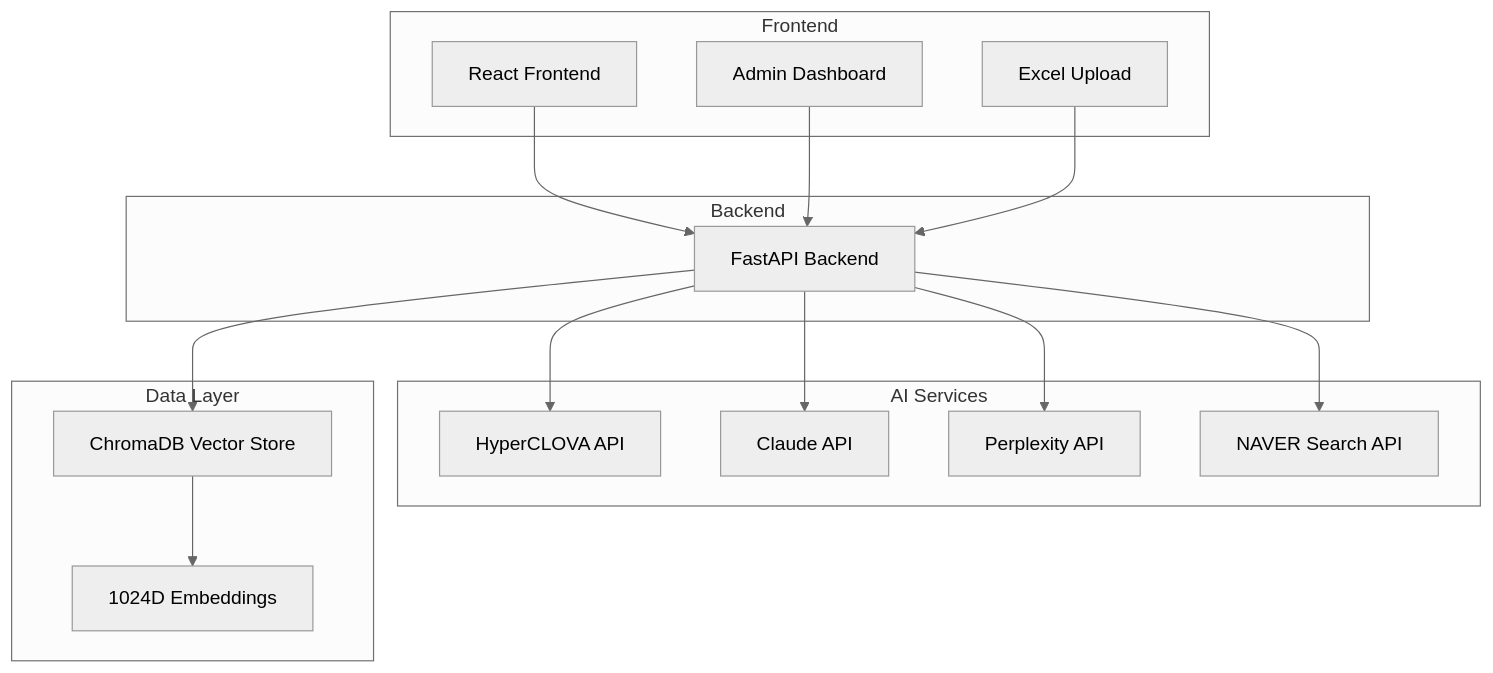
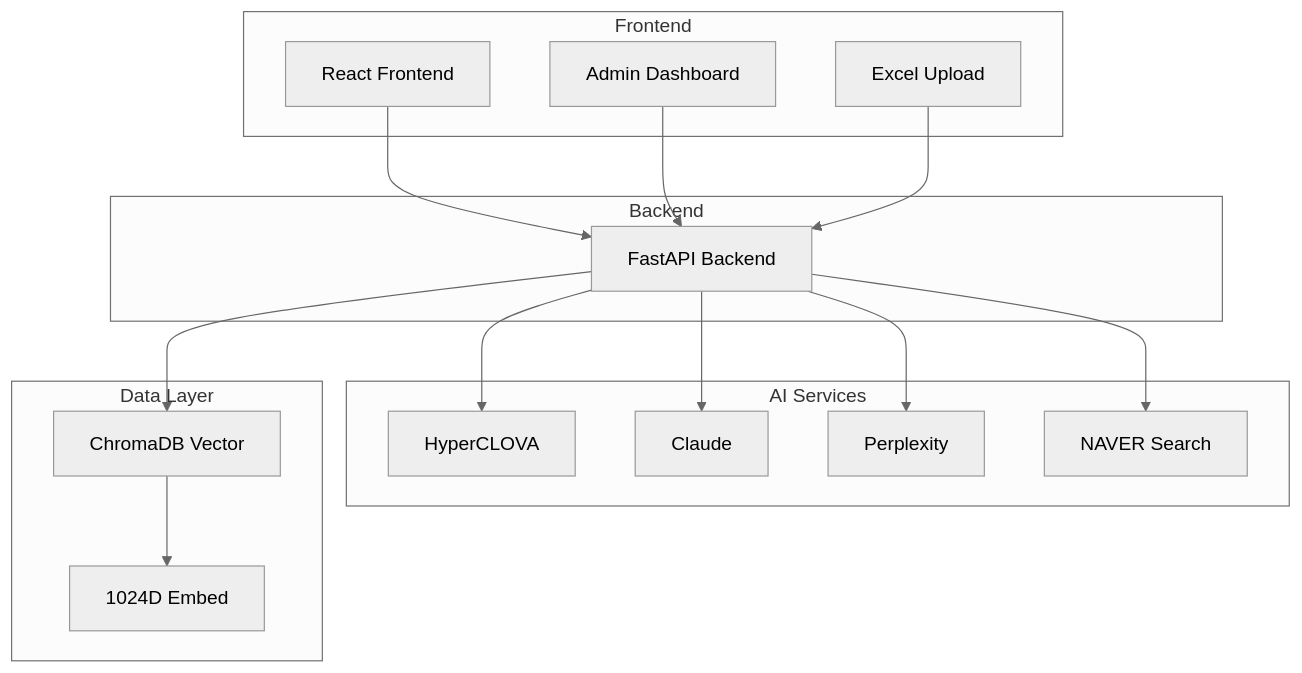
The diagram in README.md (IronhawkReigns/msp-evaluator), drawn with Mermaid (neutral theme) before and after one commit.

````diff
--- a/README.md
+++ b/README.md
@@ -24,34 +24,34 @@
 ```mermaid
 graph TB
     subgraph "Frontend"
         A[React Frontend]
         I[Admin Dashboard]
         J[Excel Upload]
     end
     
     subgraph "Backend"
         B[FastAPI Backend]
     end
     
     subgraph "AI Services"
-        D[HyperCLOVA API]
-        E[Claude API]
-        F[Perplexity API]
-        G[NAVER Search API]
+        D[HyperCLOVA]
+        E[Claude]
+        F[Perplexity]
+        G[NAVER Search]
     end
     
     subgraph "Data Layer"
-        C[ChromaDB Vector Store]
-        H[1024D Embeddings]
+        C[ChromaDB Vector]
+        H[1024D Embed]
     end
     
     A --> B
     I --> B
     J --> B
     B --> C
     B --> D
     B --> E
     B --> F
     B --> G
     C --> H
 ```
````
